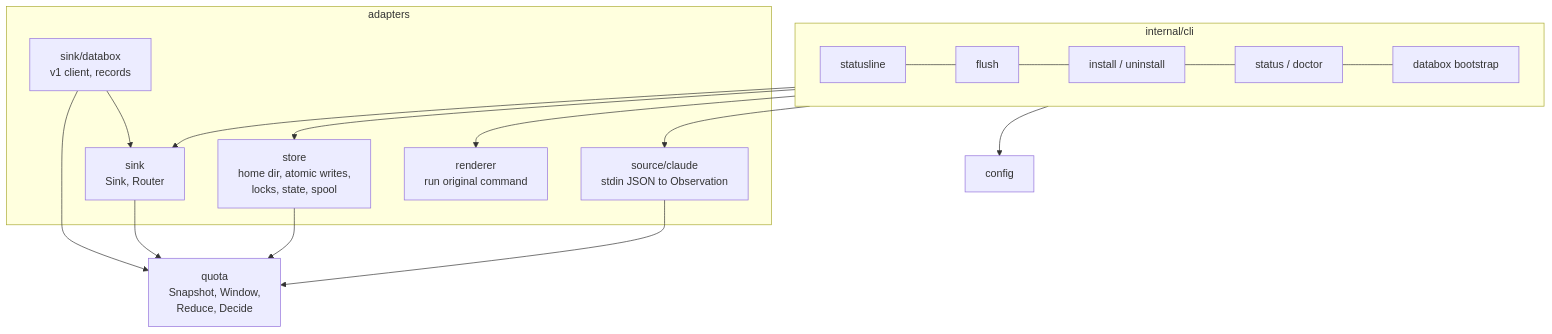
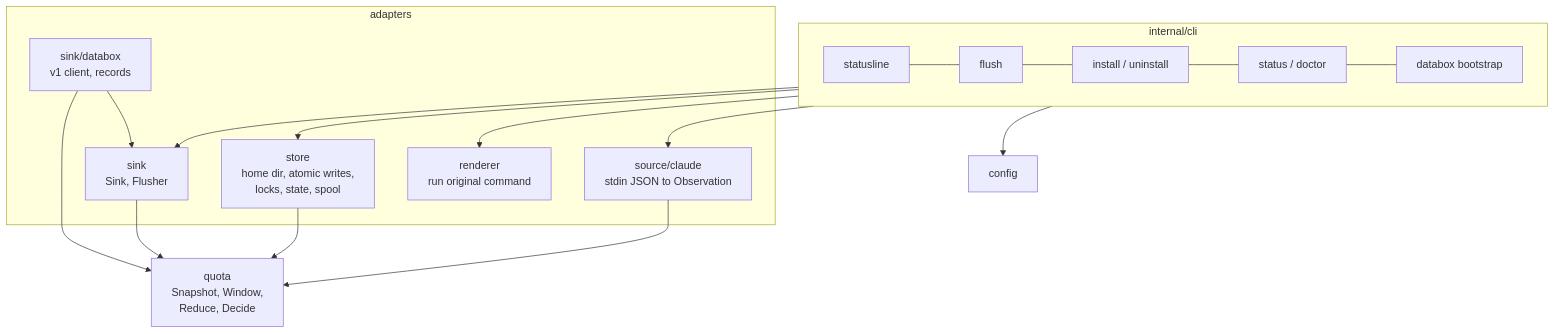
The first of 2 diagrams in docs/spec/gaugewire/architecture.md (sulcer/gaugewire), drawn with Mermaid before and after one commit. The commit also changed other lines of this file and 4 other files, not shown here.

````diff
--- a/docs/spec/gaugewire/architecture.md
+++ b/docs/spec/gaugewire/architecture.md
@@ -14,21 +14,21 @@
 ```mermaid
 flowchart TB
     subgraph cli [internal/cli]
         SL[statusline] --- FL[flush] --- IN[install / uninstall] --- ST[status / doctor] --- BS[databox bootstrap]
     end
     subgraph adapters
         SRC["source/claude<br/>stdin JSON to Observation"]
         REN[renderer<br/>run original command]
         STO[store<br/>home dir, atomic writes,<br/>locks, state, spool]
-        SNK[sink<br/>Sink, Router]
+        SNK[sink<br/>Sink, Flusher]
         DBX[sink/databox<br/>v1 client, records]
     end
     Q[quota<br/>Snapshot, Window,<br/>Reduce, Decide]
     CFG[config]
     cli --> SRC & REN & STO & SNK & CFG
     SRC --> Q
     STO --> Q
     SNK --> Q
     DBX --> SNK
     DBX --> Q
 ```
````
